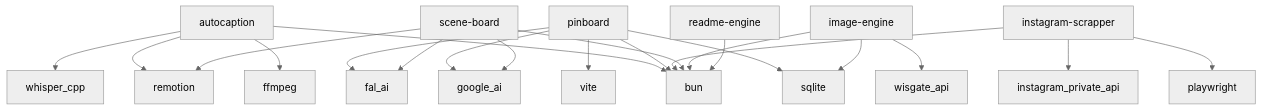
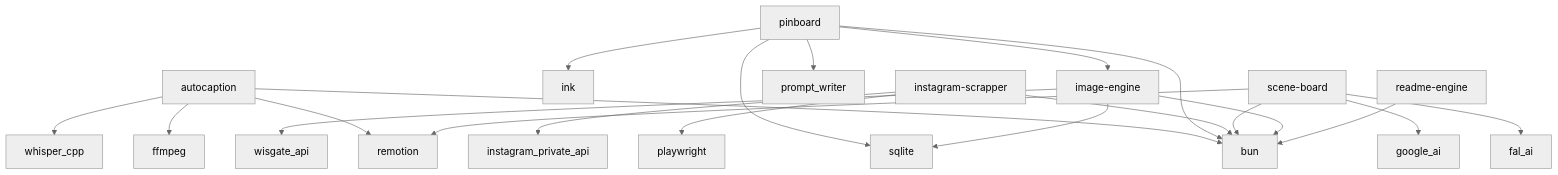
One commit to Dragon-hearted/Adcelerate changed the diagram in README.md. Above: the diagram before and after it, drawn with Mermaid (neutral theme). The commit also changed other lines of this file and 2 other files, not shown here.

Commit message:
Bump Pinboard submodule: terminal rewrite (Ink TUI)
Retires the Pinboard web client/server to .legacy/ and replaces with an Ink-based
TUI that integrates ImageEngine for generation, PromptWriter for per-model prompt
formatting, Pinterest URL import, and Claude Code CLI vision tagging.

Updates root README.md and systems.yaml to reflect terminal-first usage and new
entry point (systems/pinboard/bin/pinboard).

Spec: specs/pinboard-terminal-rewrite.md
Validation: app_docs/pinboard-tui-validation.md (10/10 PASS, 75 tests)

````diff
--- a/README.md
+++ b/README.md
@@ -52,29 +52,29 @@
 ```mermaid
 graph TD
     autocaption[autocaption]
     autocaption --> bun
     autocaption --> ffmpeg
     autocaption --> whisper_cpp
     autocaption --> remotion
     pinboard[pinboard]
     pinboard --> bun
     pinboard --> sqlite
-    pinboard --> google_ai
-    pinboard --> vite
-    pinboard --> fal_ai
+    pinboard --> ink
+    pinboard --> image_engine
+    pinboard --> prompt_writer
     instagram_scrapper[instagram-scrapper]
     instagram_scrapper --> bun
     instagram_scrapper --> playwright
     instagram_scrapper --> instagram_private_api
     scene_board[scene-board]
     scene_board --> bun
     scene_board --> fal_ai
     scene_board --> google_ai
     scene_board --> remotion
     image_engine[image-engine]
     image_engine --> bun
     image_engine --> wisgate_api
     image_engine --> sqlite
     readme_engine[readme-engine]
     readme_engine --> bun
 ```
````
